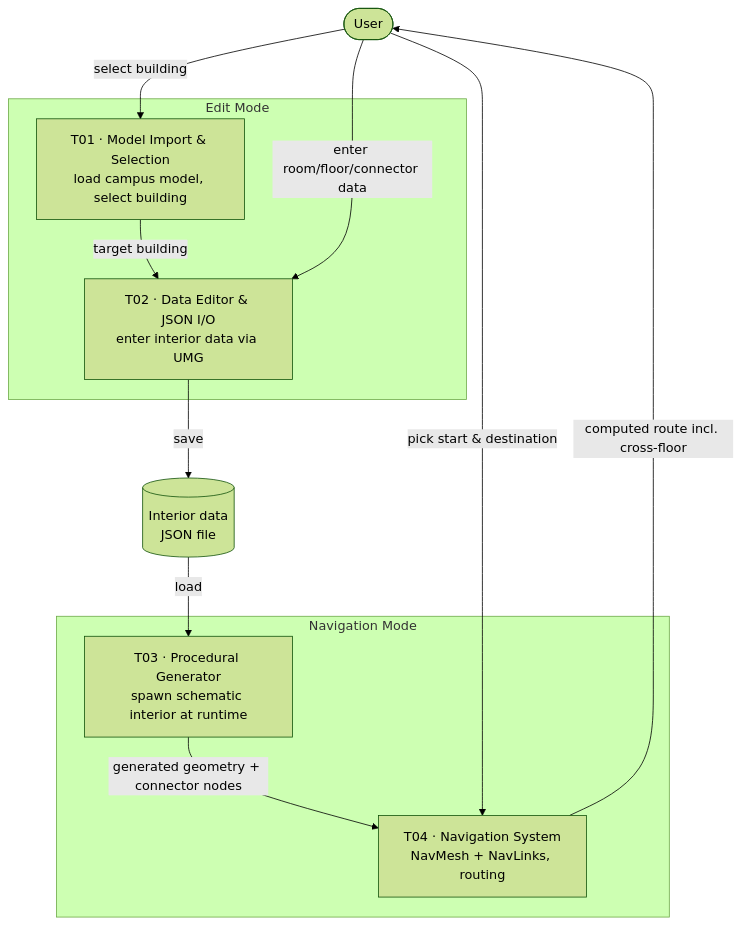
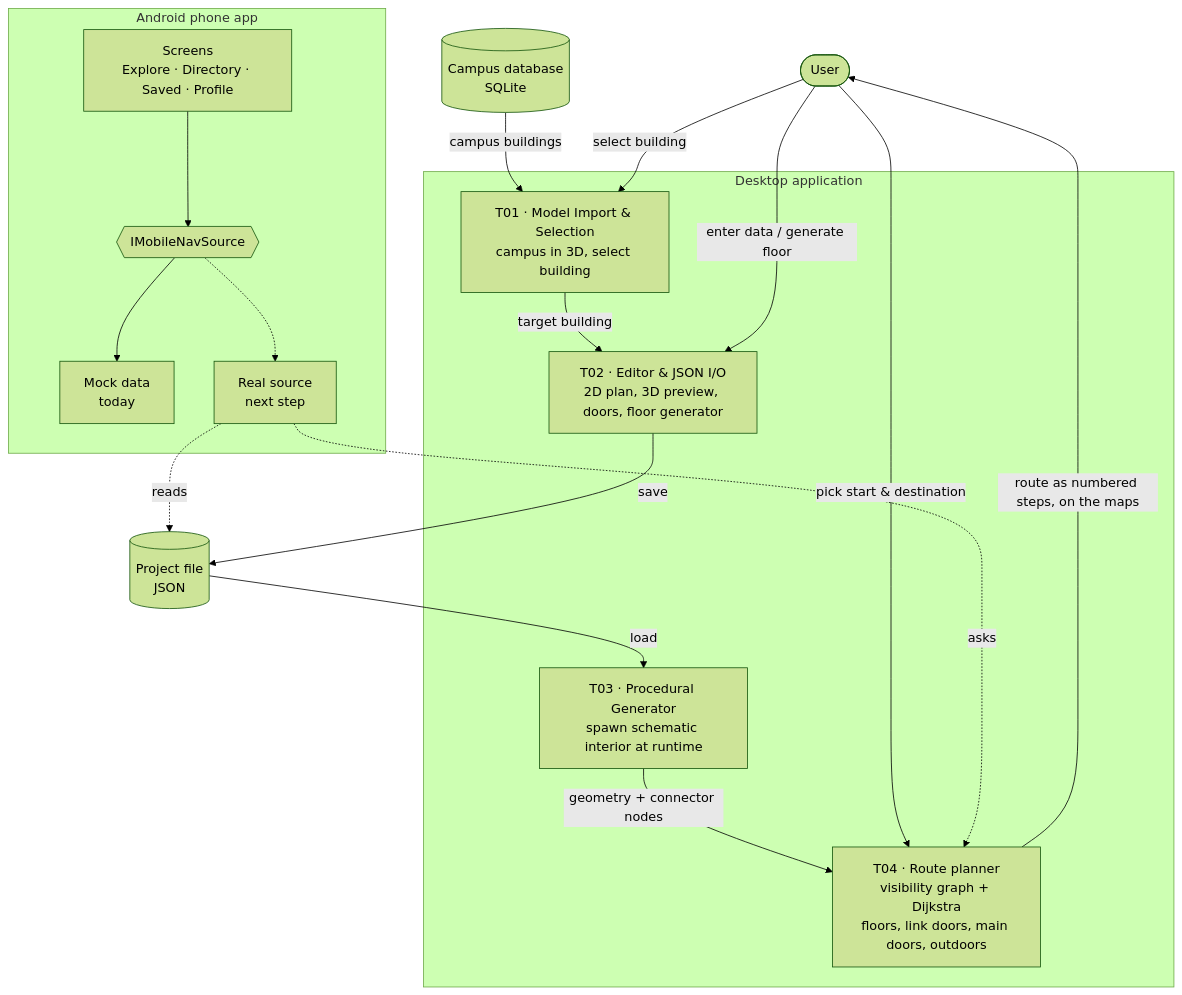
The diagram in docs/architecture.md (GYQ-SIT/Pathfinder-InNav), drawn with Mermaid (forest theme) before and after one commit. The commit also changed other lines of this file and 9 other files, not shown here.

First line of the commit message:
Docs: bring the README, architecture (v0.2), deliverables, editor guide, panels guide and wiki index up to date with what is built

````diff
--- a/docs/architecture.md
+++ b/docs/architecture.md
@@ -50,25 +67,36 @@
 ```mermaid
 flowchart TD
     User([User])
 
-    subgraph EditMode[Edit Mode]
-        T01[T01 · Model Import & Selection<br/>load campus model, select building]
-        T02[T02 · Data Editor & JSON I/O<br/>enter interior data via UMG]
+    subgraph Desktop[Desktop application]
+        T01[T01 · Model Import & Selection<br/>campus in 3D, select building]
+        T02[T02 · Editor & JSON I/O<br/>2D plan, 3D preview, doors, floor generator]
+        T03[T03 · Procedural Generator<br/>spawn schematic interior at runtime]
+        T04[T04 · Route planner<br/>visibility graph + Dijkstra<br/>floors, link doors, main doors, outdoors]
     end
 
-    JSON[(Interior data<br/>JSON file)]
+    JSON[(Project file<br/>JSON)]
+    DB[(Campus database<br/>SQLite)]
 
-    subgraph RunMode[Navigation Mode]
-        T03[T03 · Procedural Generator<br/>spawn schematic interior at runtime]
-        T04[T04 · Navigation System<br/>NavMesh + NavLinks, routing]
+    subgraph Phone[Android phone app]
+        Screens[Screens<br/>Explore · Directory · Saved · Profile]
+        Source{{IMobileNavSource}}
+        Mock[Mock data<br/>today]
+        Real[Real source<br/>next step]
     end
 
+    DB -->|campus buildings| T01
     User -->|select building| T01
     T01 -->|target building| T02
-    User -->|enter room/floor/connector data| T02
+    User -->|enter data / generate floor| T02
     T02 -->|save| JSON
     JSON -->|load| T03
-    T03 -->|generated geometry + connector nodes| T04
+    T03 -->|geometry + connector nodes| T04
     User -->|pick start & destination| T04
-    T04 -->|computed route incl. cross-floor| User
+    T04 -->|route as numbered steps, on the maps| User
+    Screens --> Source
+    Source --> Mock
+    Source -.-> Real
+    Real -.->|reads| JSON
+    Real -.->|asks| T04
 ```
````
